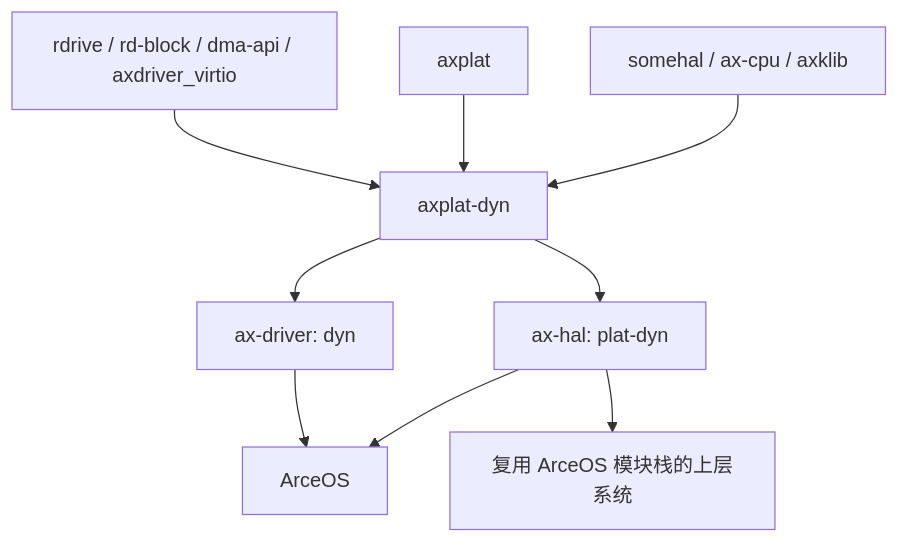
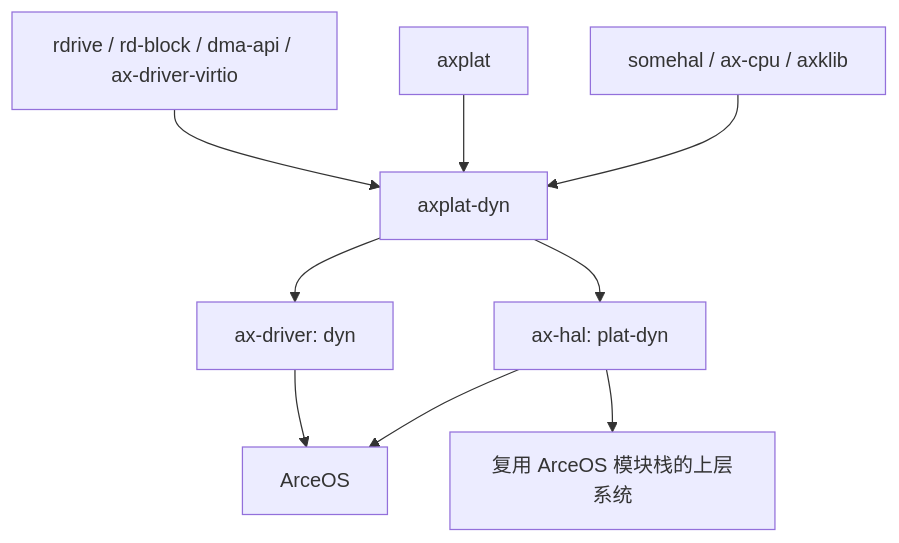
Before and after one commit to zKurisu/tgoskits: the third of 3 diagrams in docs/crates/axplat-dyn.md, drawn with Mermaid. The commit also changed other lines of this file and 34 other files, not shown here.

Commit message:
rename axdriver_virtio to ax-driver-virtio

````diff
--- a/docs/crates/axplat-dyn.md
+++ b/docs/crates/axplat-dyn.md
@@ -213,13 +213,13 @@
 ```mermaid
 graph TD
     A[somehal / ax-cpu / axklib] --> B[axplat-dyn]
     C[axplat] --> B
-    D[rdrive / rd-block / dma-api / axdriver_virtio] --> B
+    D[rdrive / rd-block / dma-api / ax-driver-virtio] --> B
 
     B --> E[ax-hal: plat-dyn]
     B --> F[ax-driver: dyn]
 
     E --> G[ArceOS]
     F --> G
     E --> H[复用 ArceOS 模块栈的上层系统]
 ```
````
